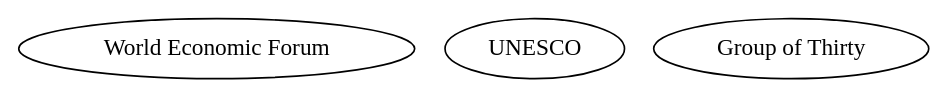
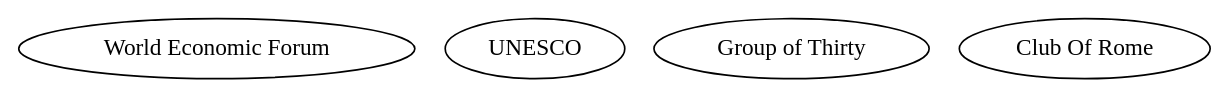
Before and after one commit to tnotstar/tnotdata: the diagram in interchullos/global.gv, drawn with Graphviz. The commit also changed 3 other files, not shown here.

Commit message:
added `club of rome` basic entities

```diff
--- a/interchullos/global.gv
+++ b/interchullos/global.gv
@@ -1,18 +1,22 @@
 // Copyright 2022, Antonio Alvarado Hernández
 
 graph global {
     subgraph organizations {
         wef1 [
             label="World Economic Forum",
             link="https://www.weforum.org",
         ];
         unesco1 [
             label="UNESCO",
             link="https://www.unesco.org",
         ];
         g30 [
             label="Group of Thirty",
             link="https://www.group30.org",
         ];
+        cor1 [
+            label="Club Of Rome",
+            link="http://clubofrome.org",
+        ];
     };
 }
```
